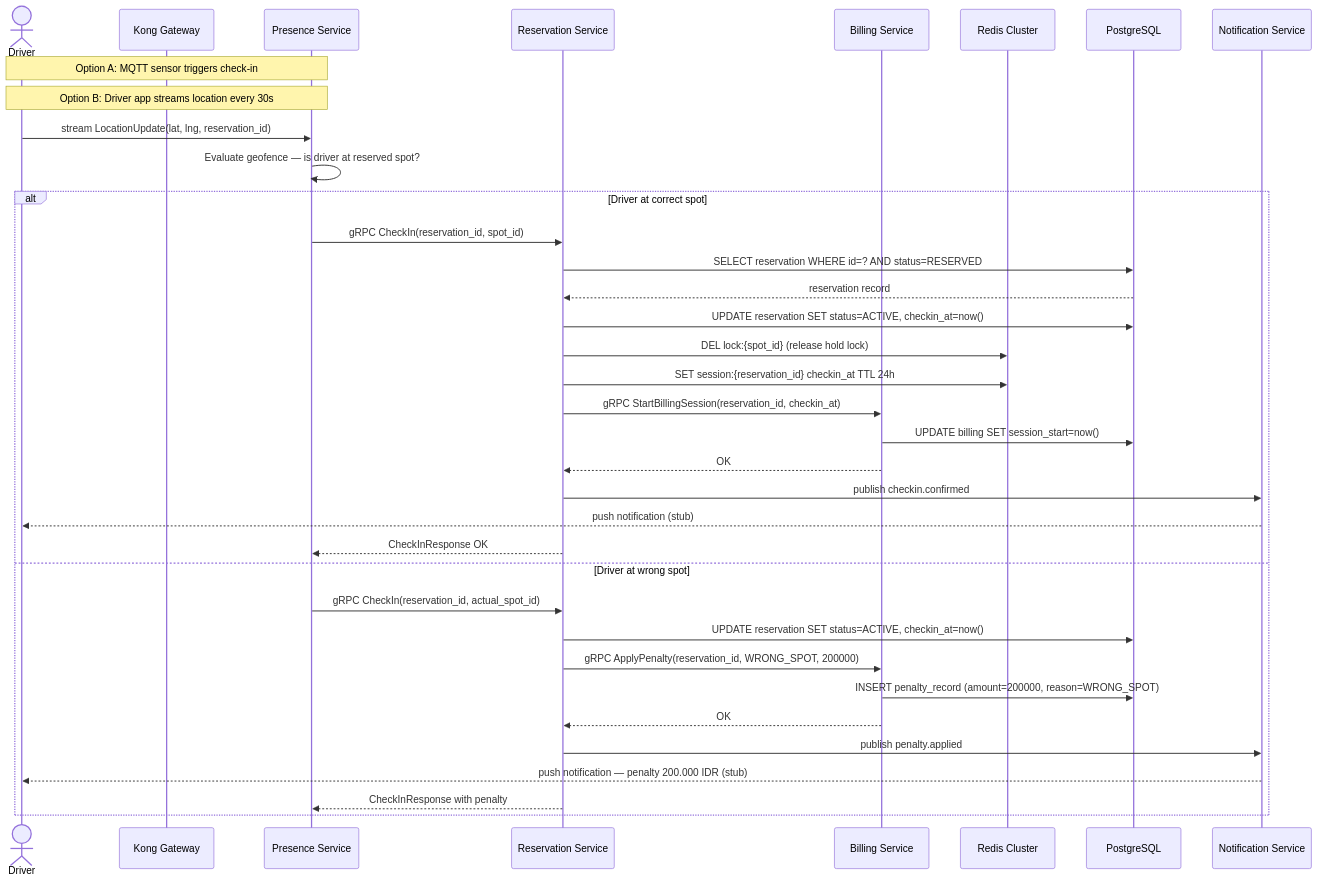
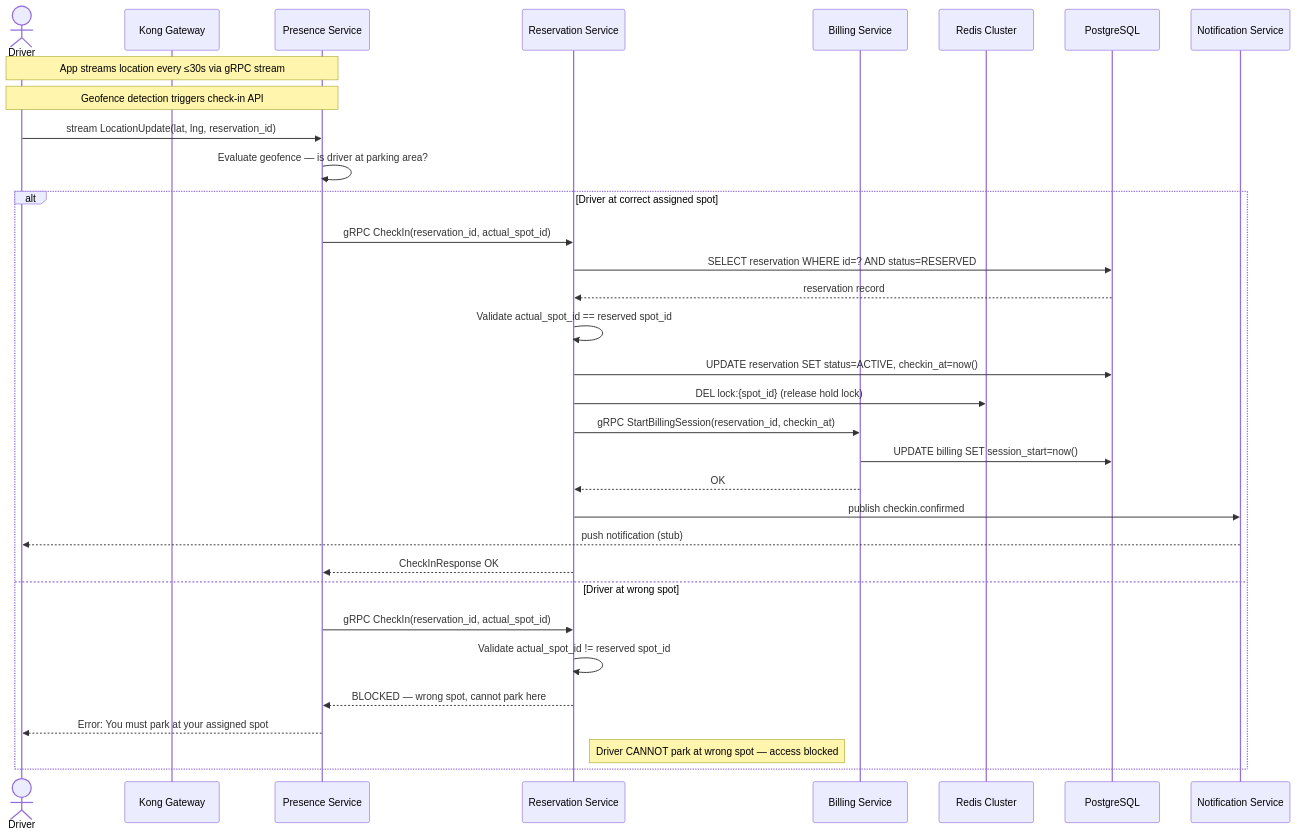
One commit to ParkirPintar/parkir-pintar-backend changed diagram 15 of 23 in README.md. Above: the diagram before and after it, drawn with Mermaid. The commit also changed other lines of this file and 42 other files, not shown here.

````diff
--- a/README.md
+++ b/README.md
@@ -1099,41 +1076,38 @@
 ```mermaid
 sequenceDiagram
     actor Driver
     participant Kong as Kong Gateway
     participant Presence as Presence Service
     participant Reservation as Reservation Service
     participant Billing as Billing Service
     participant Redis as Redis Cluster
     participant DB as PostgreSQL
     participant Notif as Notification Service
 
-    note over Driver,Presence: Option A: MQTT sensor triggers check-in
-    note over Driver,Presence: Option B: Driver app streams location every 30s
+    note over Driver,Presence: App streams location every ≤30s via gRPC stream
+    note over Driver,Presence: Geofence detection triggers check-in API
 
     Driver->>Presence: stream LocationUpdate(lat, lng, reservation_id)
-    Presence->>Presence: Evaluate geofence — is driver at reserved spot?
+    Presence->>Presence: Evaluate geofence — is driver at parking area?
 
-    alt Driver at correct spot
-        Presence->>Reservation: gRPC CheckIn(reservation_id, spot_id)
+    alt Driver at correct assigned spot
+        Presence->>Reservation: gRPC CheckIn(reservation_id, actual_spot_id)
         Reservation->>DB: SELECT reservation WHERE id=? AND status=RESERVED
         DB-->>Reservation: reservation record
+        Reservation->>Reservation: Validate actual_spot_id == reserved spot_id
         Reservation->>DB: UPDATE reservation SET status=ACTIVE, checkin_at=now()
         Reservation->>Redis: DEL lock:{spot_id} (release hold lock)
-        Reservation->>Redis: SET session:{reservation_id} checkin_at TTL 24h
         Reservation->>Billing: gRPC StartBillingSession(reservation_id, checkin_at)
         Billing->>DB: UPDATE billing SET session_start=now()
         Billing-->>Reservation: OK
         Reservation->>Notif: publish checkin.confirmed
         Notif-->>Driver: push notification (stub)
         Reservation-->>Presence: CheckInResponse OK
     else Driver at wrong spot
         Presence->>Reservation: gRPC CheckIn(reservation_id, actual_spot_id)
-        Reservation->>DB: UPDATE reservation SET status=ACTIVE, checkin_at=now()
-        Reservation->>Billing: gRPC ApplyPenalty(reservation_id, WRONG_SPOT, 200000)
-        Billing->>DB: INSERT penalty_record (amount=200000, reason=WRONG_SPOT)
-        Billing-->>Reservation: OK
-        Reservation->>Notif: publish penalty.applied
-        Notif-->>Driver: push notification — penalty 200.000 IDR (stub)
-        Reservation-->>Presence: CheckInResponse with penalty
+        Reservation->>Reservation: Validate actual_spot_id != reserved spot_id
+        Reservation-->>Presence: BLOCKED — wrong spot, cannot park here
+        Presence-->>Driver: Error: You must park at your assigned spot
+        note right of Reservation: Driver CANNOT park at wrong spot — access blocked
     end
 ```
````
